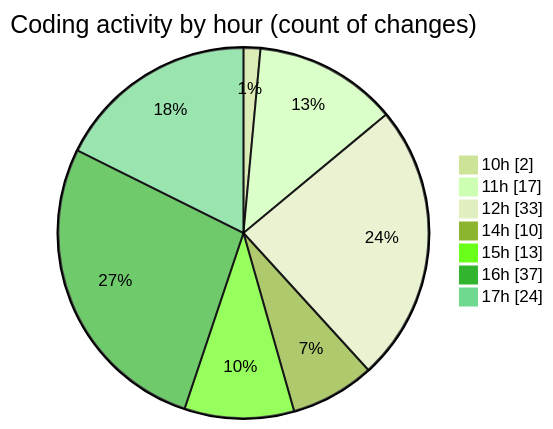
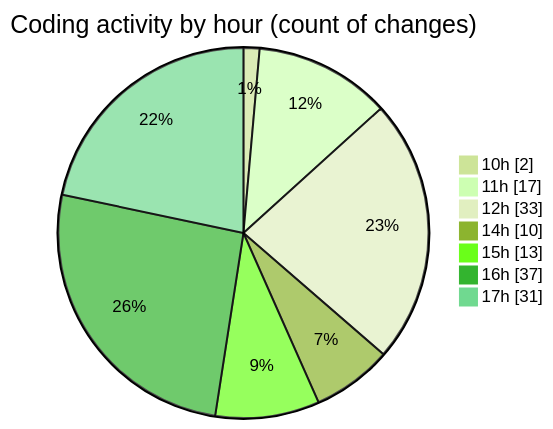
One commit to nxtqubesakshisongat/code-tracking changed the second of 2 diagrams in 2025-05-14/argos-dev/README.md. Above: the diagram before and after it, drawn with Mermaid (forest theme). The commit also changed other lines of this file and 1 other file, not shown here.

````diff
--- a/2025-05-14/argos-dev/README.md
+++ b/2025-05-14/argos-dev/README.md
@@ -36,11 +36,11 @@
 ```mermaid
 pie showData
 title Coding activity by hour (count of changes)
 "10h" : 2
 "11h" : 17
 "12h" : 33
 "14h" : 10
 "15h" : 13
 "16h" : 37
-"17h" : 24
+"17h" : 31
 ```
````
